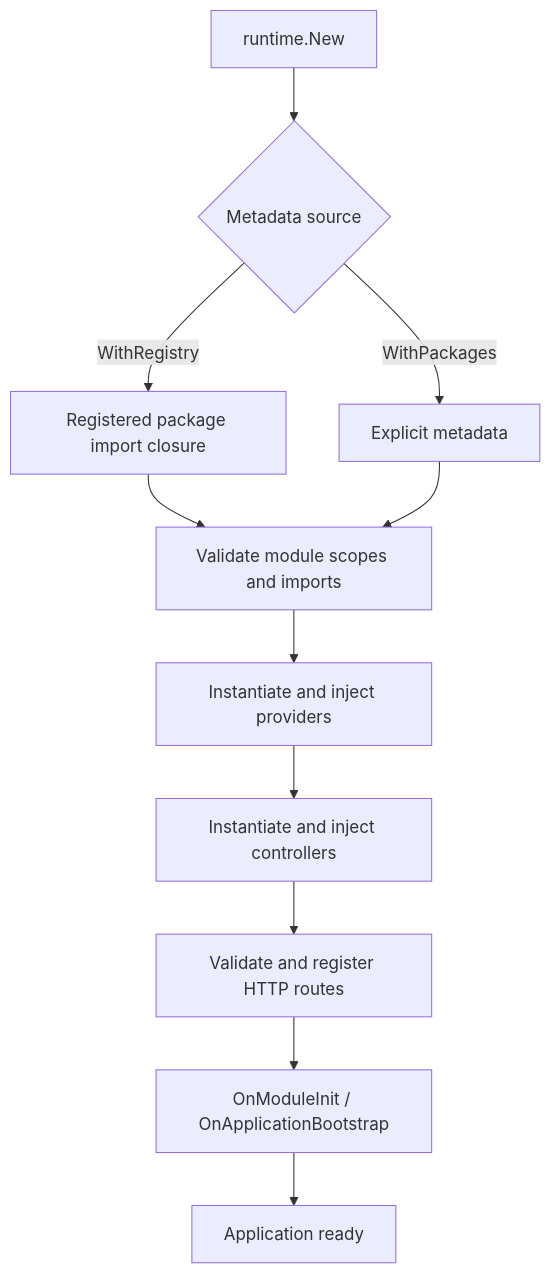
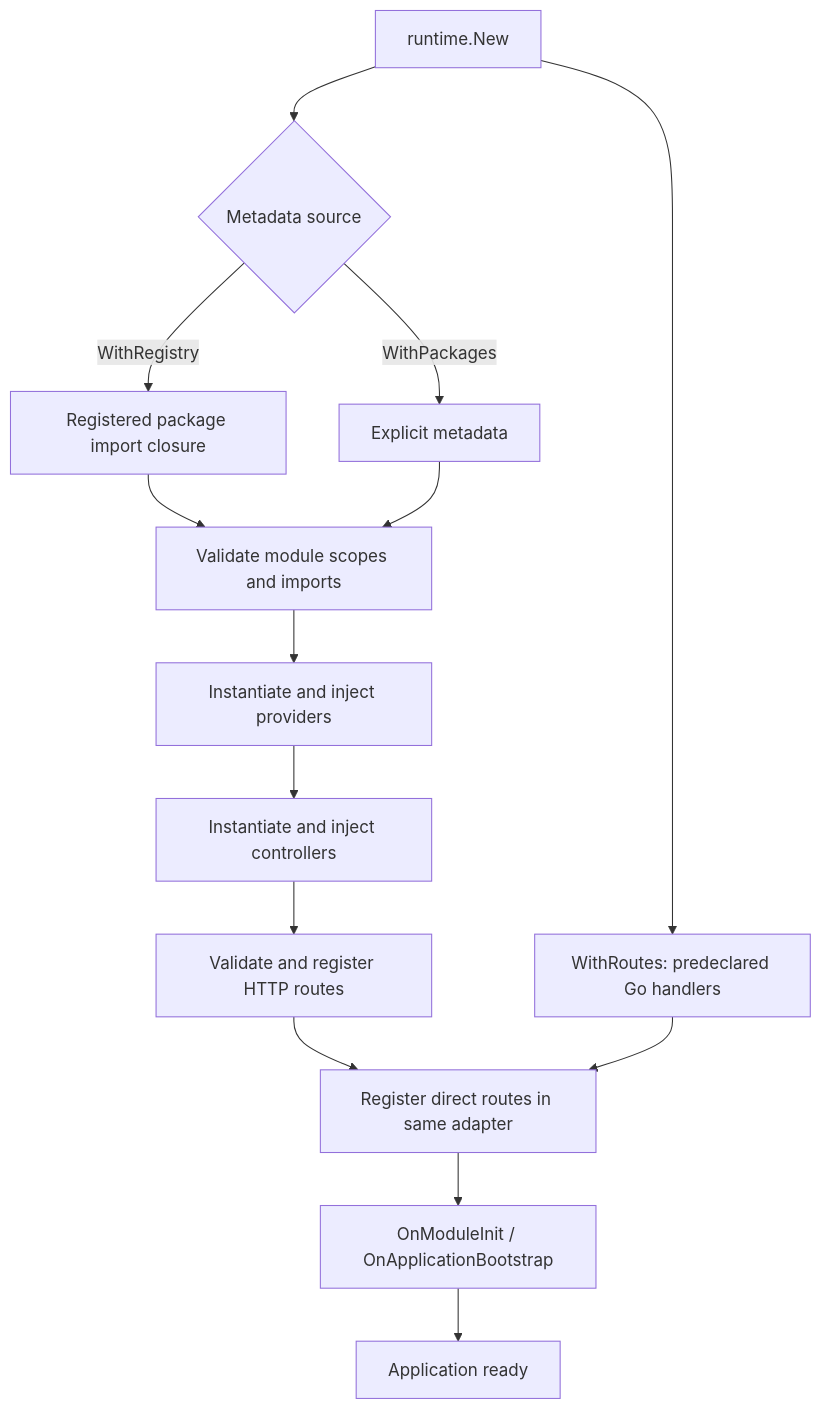
Before and after one commit to kevenmiano/nestgo: the diagram in docs/RUNTIME.md, drawn with Mermaid. The commit also changed other lines of this file and 3 other files, not shown here.

````diff
--- a/docs/RUNTIME.md
+++ b/docs/RUNTIME.md
@@ -30,13 +50,16 @@
 ```mermaid
 flowchart TD
   New["runtime.New"] --> Packages{"Metadata source"}
   Packages -->|"WithRegistry"| Closure["Registered package import closure"]
   Packages -->|"WithPackages"| Direct["Explicit metadata"]
   Closure --> Graph["Validate module scopes and imports"]
   Direct --> Graph
   Graph --> Providers["Instantiate and inject providers"]
   Providers --> Controllers["Instantiate and inject controllers"]
   Controllers --> Routes["Validate and register HTTP routes"]
-  Routes --> Hooks["OnModuleInit / OnApplicationBootstrap"]
+  New --> Raw["WithRoutes: predeclared Go handlers"]
+  Routes --> Registration["Register direct routes in same adapter"]
+  Raw --> Registration
+  Registration --> Hooks["OnModuleInit / OnApplicationBootstrap"]
   Hooks --> Application["Application ready"]
 ```
````
